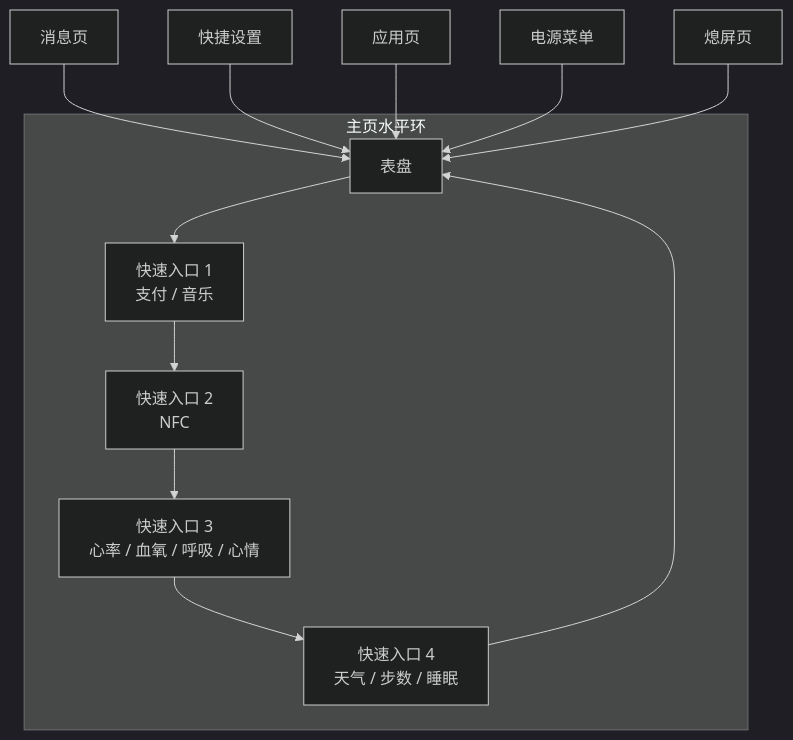
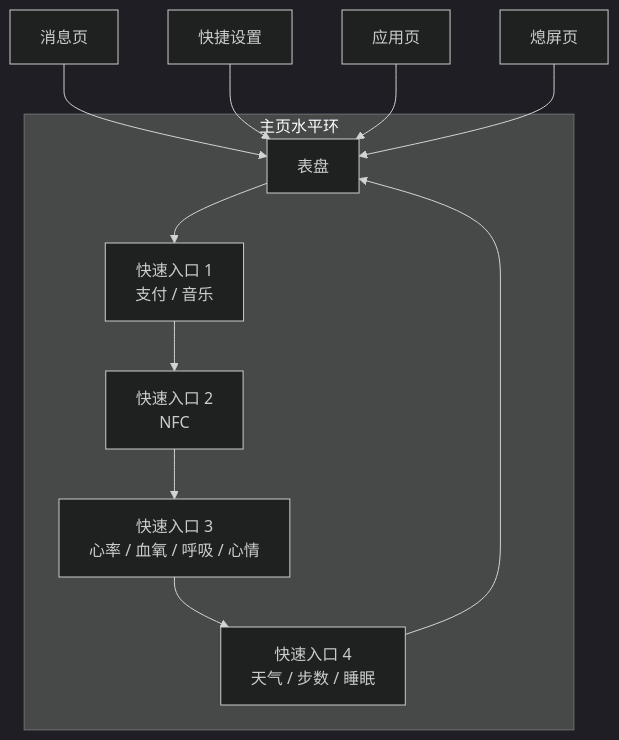
One commit to e-n-ye/magic_watch changed the diagram in docs/home_interaction_model.md. Above: the diagram before and after it, drawn with Mermaid (dark theme). The commit also changed other lines of this file and 22 other files, not shown here.

````diff
--- a/docs/home_interaction_model.md
+++ b/docs/home_interaction_model.md
@@ -21,23 +20,21 @@
 ```mermaid
 flowchart TD
     Msg["消息页"]
     QS["快捷设置"]
     AppGrid["应用页"]
-    Power["电源菜单"]
     ScreenOff["熄屏页"]
 
     subgraph Orbit["主页水平环"]
         S4["快速入口 4\n天气 / 步数 / 睡眠"]
         WF["表盘"]
         S1["快速入口 1\n支付 / 音乐"]
         S2["快速入口 2\nNFC"]
         S3["快速入口 3\n心率 / 血氧 / 呼吸 / 心情"]
     end
 
     Msg --> WF
     QS --> WF
     AppGrid --> WF
-    Power --> WF
     ScreenOff --> WF
     WF --> S1 --> S2 --> S3 --> S4 --> WF
 ```
````
